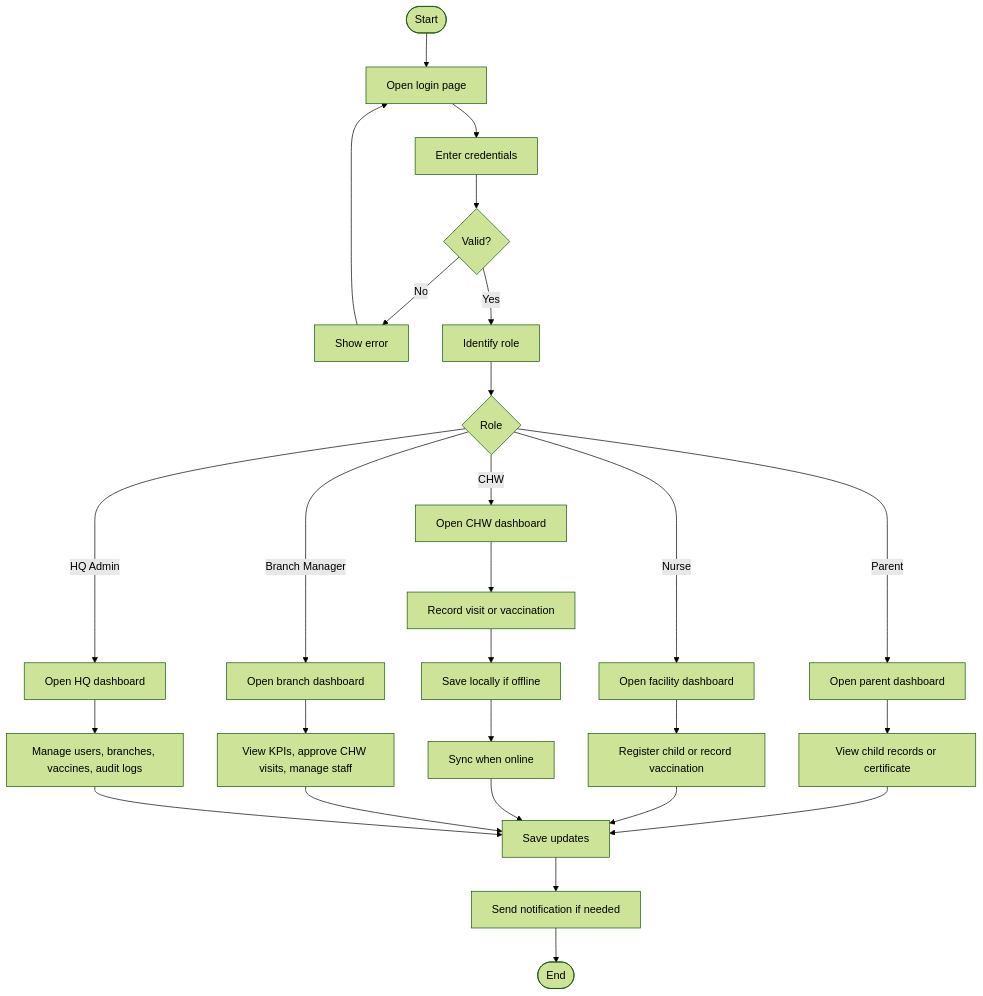
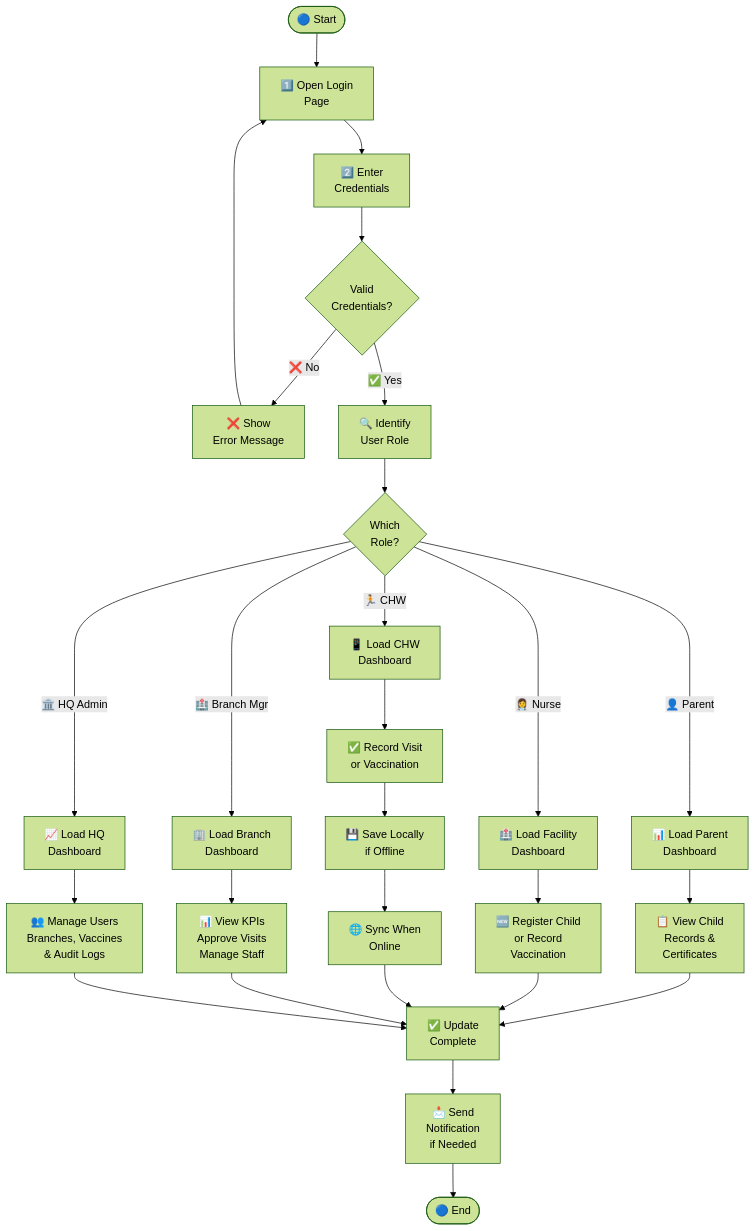
The diagram in docs/diagram-images/src/01-activity-diagram-main-system-workflow.mmd (Juny-max/child-vaccination-system), drawn with Mermaid (forest theme) before and after one commit. The commit also changed 6 other files, not shown here.

First line of the commit message:
refactor: Improve diagram clarity, text alignment, and formatting

```diff
--- a/docs/diagram-images/src/01-activity-diagram-main-system-workflow.mmd
+++ b/docs/diagram-images/src/01-activity-diagram-main-system-workflow.mmd
@@ -1,26 +1,28 @@
 flowchart TD
-  A([Start]) --> B[Open login page]
-  B --> C[Enter credentials]
-  C --> D{Valid?}
-  D -- No --> E[Show error] --> B
-  D -- Yes --> F[Identify role]
-  F --> G{Role}
-  G -- Parent --> H[Open parent dashboard]
-  G -- Nurse --> I[Open facility dashboard]
-  G -- CHW --> J[Open CHW dashboard]
-  G -- Branch Manager --> BM[Open branch dashboard]
-  G -- HQ Admin --> HQ[Open HQ dashboard]
-  H --> K[View child records or certificate]
-  I --> L[Register child or record vaccination]
-  J --> M[Record visit or vaccination]
-  BM --> BM2[View KPIs, approve CHW visits, manage staff]
-  HQ --> HQ2[Manage users, branches, vaccines, audit logs]
-  M --> N[Save locally if offline]
-  N --> O[Sync when online]
-  K --> P[Save updates]
+  A(["🔵 Start"]) --> B["1️⃣ Open Login<br/>Page"]
+  B --> C["2️⃣ Enter<br/>Credentials"]
+  C --> D{"Valid<br/>Credentials?"}
+  D -->|❌ No| E["❌ Show<br/>Error Message"] --> B
+  D -->|✅ Yes| F["🔍 Identify<br/>User Role"]
+  F --> G{"Which<br/>Role?"}
+  G -->|👤 Parent| H["📊 Load Parent<br/>Dashboard"]
+  G -->|👩‍⚕️ Nurse| I["🏥 Load Facility<br/>Dashboard"]
+  G -->|🏃 CHW| J["📱 Load CHW<br/>Dashboard"]
+  G -->|🏥 Branch Mgr| BM["🏢 Load Branch<br/>Dashboard"]
+  G -->|🏛️ HQ Admin| HQ["📈 Load HQ<br/>Dashboard"]
+  
+  H --> K["📋 View Child<br/>Records &<br/>Certificates"]
+  I --> L["🆕 Register Child<br/>or Record<br/>Vaccination"]
+  J --> M["✅ Record Visit<br/>or Vaccination"]
+  BM --> BM2["📊 View KPIs<br/>Approve Visits<br/>Manage Staff"]
+  HQ --> HQ2["👥 Manage Users<br/>Branches, Vaccines<br/>& Audit Logs"]
+  
+  M --> N["💾 Save Locally<br/>if Offline"]
+  N --> O["🌐 Sync When<br/>Online"]
+  K --> P["✅ Update<br/>Complete"]
   L --> P
   O --> P
   BM2 --> P
   HQ2 --> P
-  P --> Q[Send notification if needed]
-  Q --> R([End])
+  P --> Q["📩 Send<br/>Notification<br/>if Needed"]
+  Q --> R(["🔵 End"])
```
